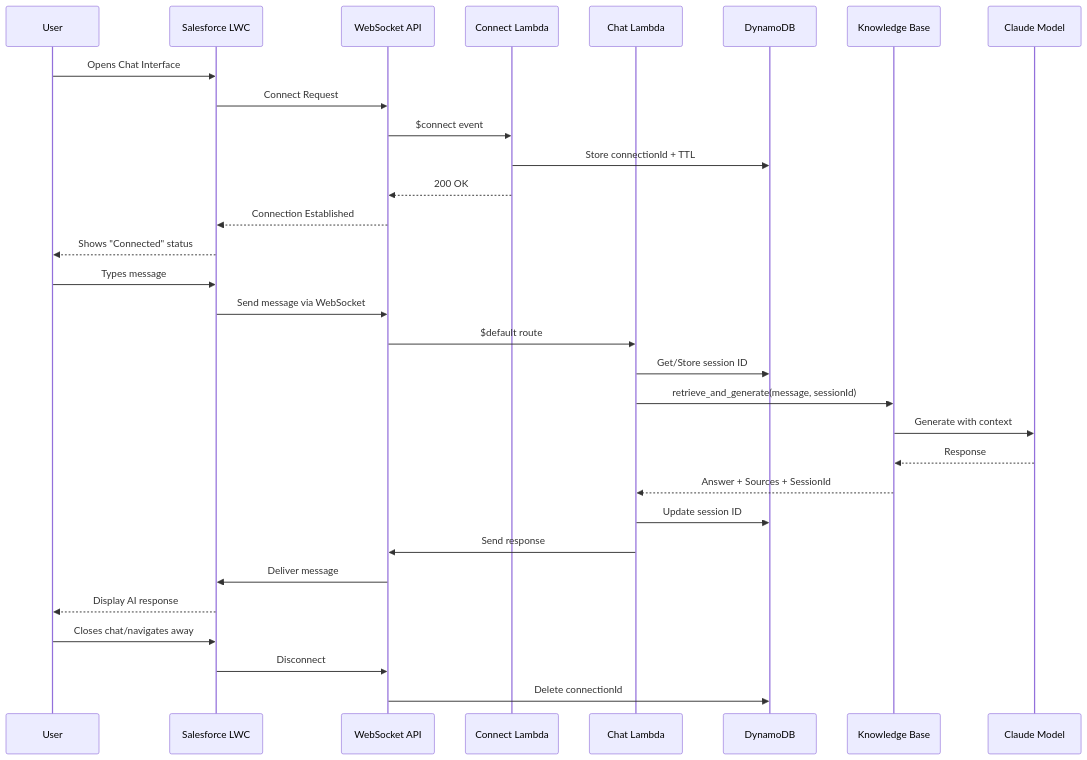
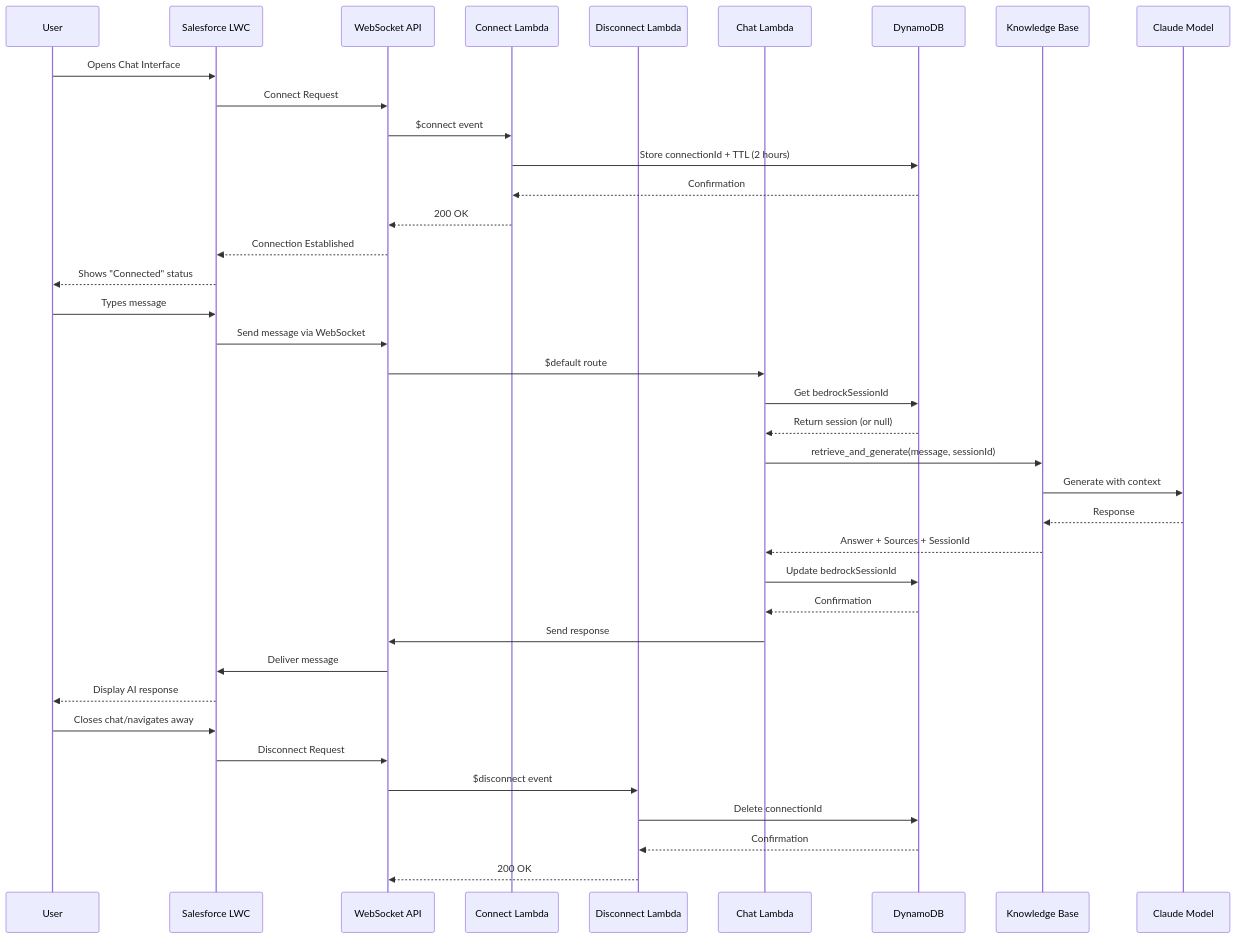
Before and after one commit to NF-Ant/automated-disclosure: the second of 5 diagrams in README.md, drawn with Mermaid. The commit also changed other lines of this file, not shown here.

````diff
--- a/README.md
+++ b/README.md
@@ -102,36 +102,43 @@
 ```mermaid
 sequenceDiagram
     participant User
     participant LWC as Salesforce LWC
     participant WS as WebSocket API
     participant Connect as Connect Lambda
+    participant Disconnect as Disconnect Lambda
     participant Chat as Chat Lambda
     participant DDB as DynamoDB
     participant KB as Knowledge Base
     participant Claude as Claude Model
     
     User->>LWC: Opens Chat Interface
     LWC->>WS: Connect Request
     WS->>Connect: $connect event
-    Connect->>DDB: Store connectionId + TTL
+    Connect->>DDB: Store connectionId + TTL (2 hours)
+    DDB-->>Connect: Confirmation
     Connect-->>WS: 200 OK
     WS-->>LWC: Connection Established
     LWC-->>User: Shows "Connected" status
     
     User->>LWC: Types message
     LWC->>WS: Send message via WebSocket
     WS->>Chat: $default route
-    Chat->>DDB: Get/Store session ID
+    Chat->>DDB: Get bedrockSessionId
+    DDB-->>Chat: Return session (or null)
     Chat->>KB: retrieve_and_generate(message, sessionId)
     KB->>Claude: Generate with context
     Claude-->>KB: Response
     KB-->>Chat: Answer + Sources + SessionId
-    Chat->>DDB: Update session ID
+    Chat->>DDB: Update bedrockSessionId
+    DDB-->>Chat: Confirmation
     Chat->>WS: Send response
     WS->>LWC: Deliver message
     LWC-->>User: Display AI response
     
     User->>LWC: Closes chat/navigates away
-    LWC->>WS: Disconnect
-    WS->>DDB: Delete connectionId
+    LWC->>WS: Disconnect Request
+    WS->>Disconnect: $disconnect event
+    Disconnect->>DDB: Delete connectionId
+    DDB-->>Disconnect: Confirmation
+    Disconnect-->>WS: 200 OK
 ```
````
